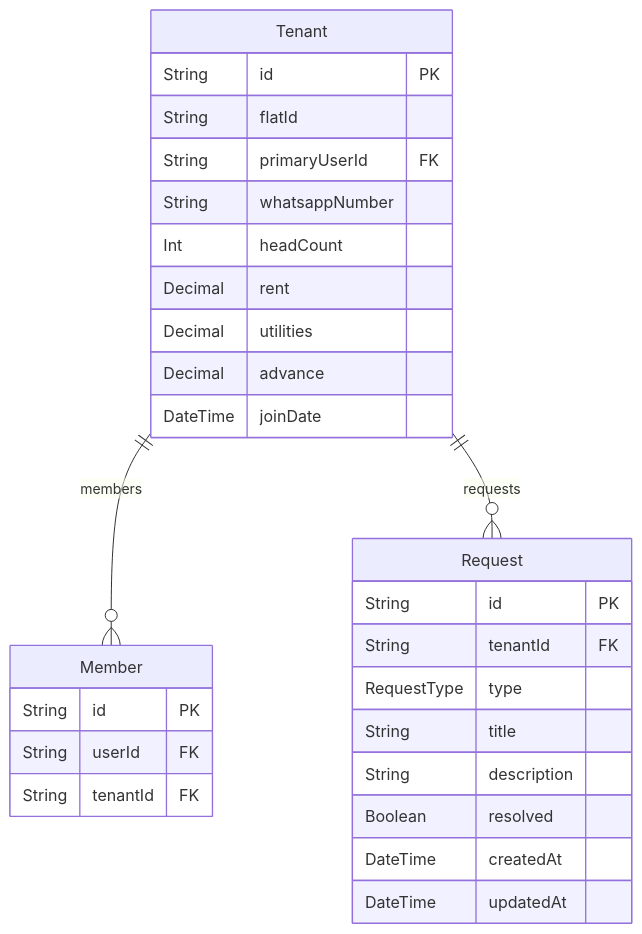
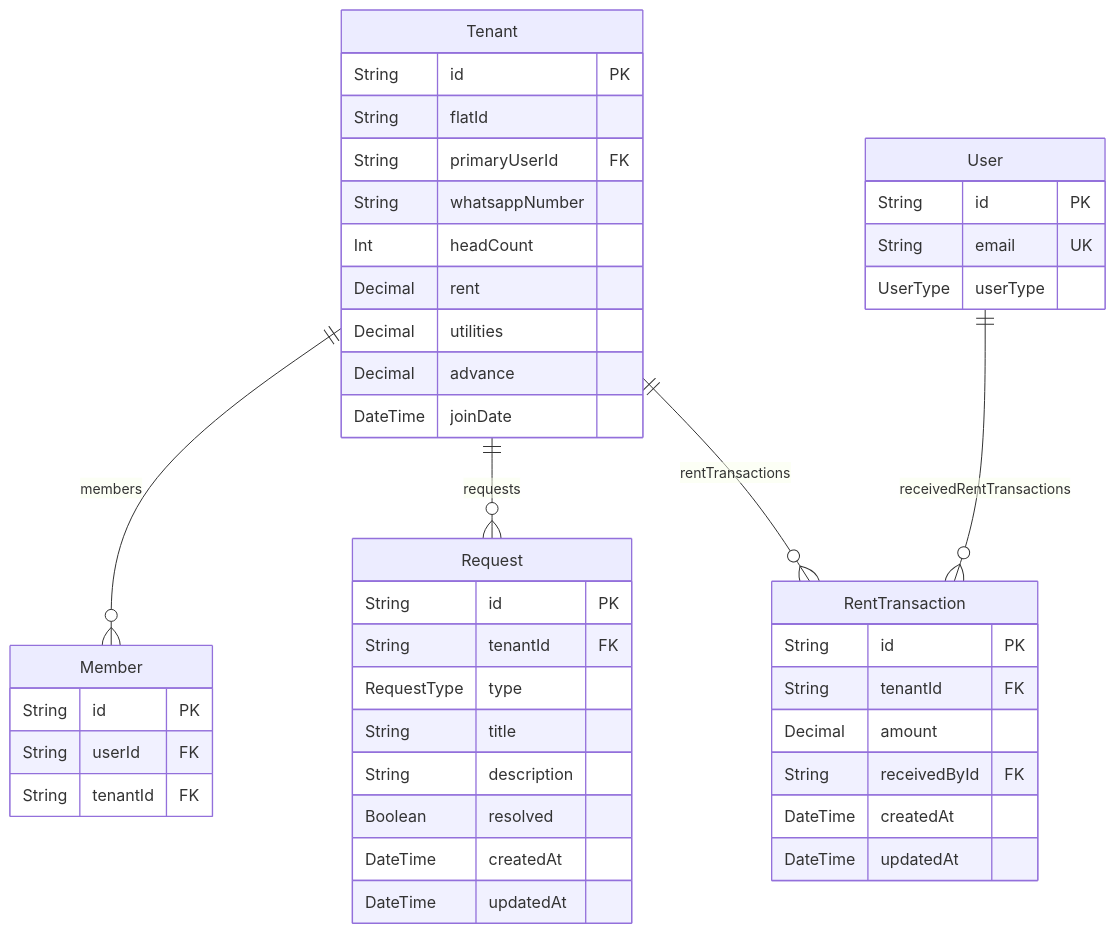
Before and after one commit to aakashhuda/ghoroa: the third of 7 diagrams in context/project-overview.md, drawn with Mermaid. The commit also changed other lines of this file and 9 other files, not shown here.

````diff
--- a/context/project-overview.md
+++ b/context/project-overview.md
@@ -848,32 +868,47 @@
 ```mermaid
 erDiagram
   Tenant {
     String id PK
     String flatId
     String primaryUserId FK
     String whatsappNumber
     Int headCount
     Decimal rent
     Decimal utilities
     Decimal advance
     DateTime joinDate
   }
   Member {
     String id PK
     String userId FK
     String tenantId FK
   }
   Request {
     String id PK
     String tenantId FK
     RequestType type
     String title
     String description
     Boolean resolved
     DateTime createdAt
     DateTime updatedAt
   }
+  RentTransaction {
+    String id PK
+    String tenantId FK
+    Decimal amount
+    String receivedById FK
+    DateTime createdAt
+    DateTime updatedAt
+  }
+  User {
+    String id PK
+    String email UK
+    UserType userType
+  }
 
   Tenant ||--o{ Member : "members"
   Tenant ||--o{ Request : "requests"
+  Tenant ||--o{ RentTransaction : "rentTransactions"
+  User ||--o{ RentTransaction : "receivedRentTransactions"
 ```
````
